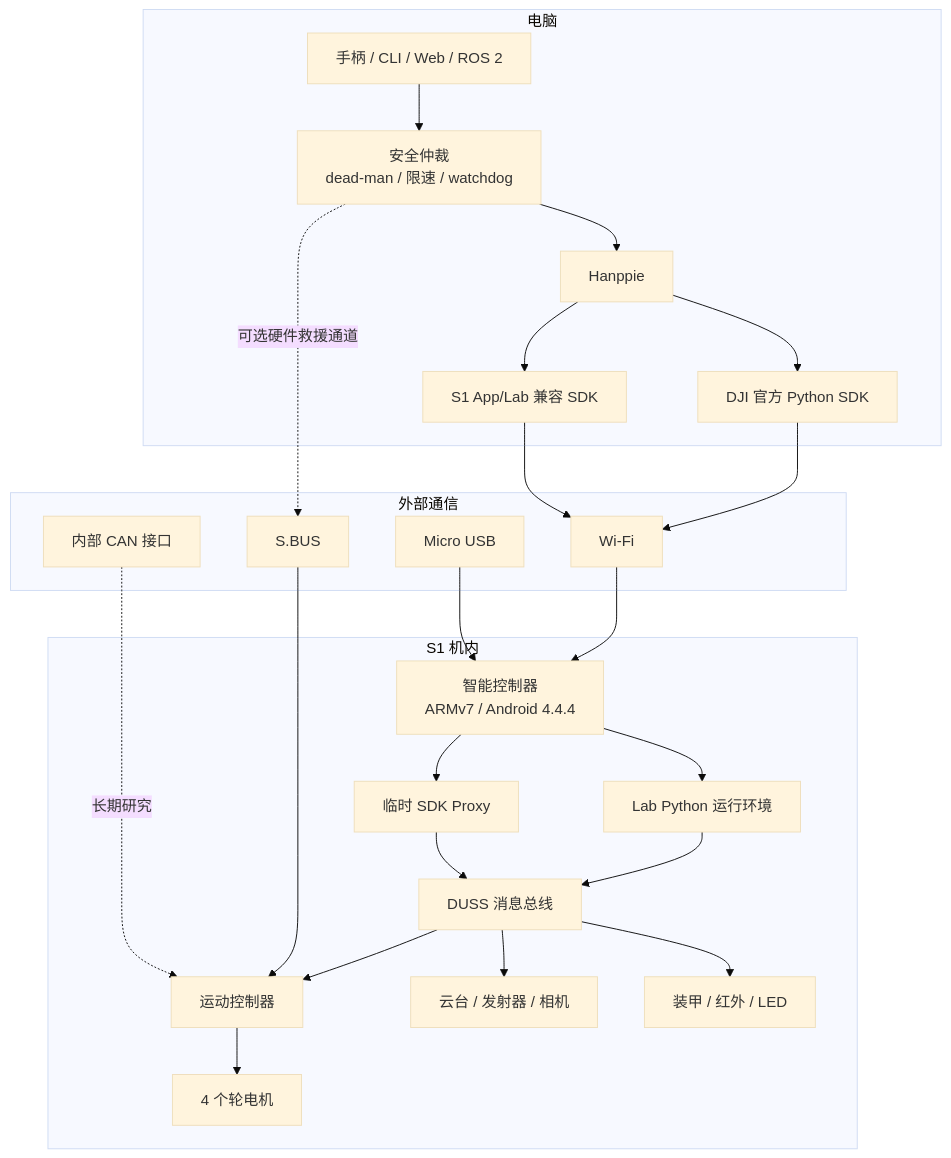
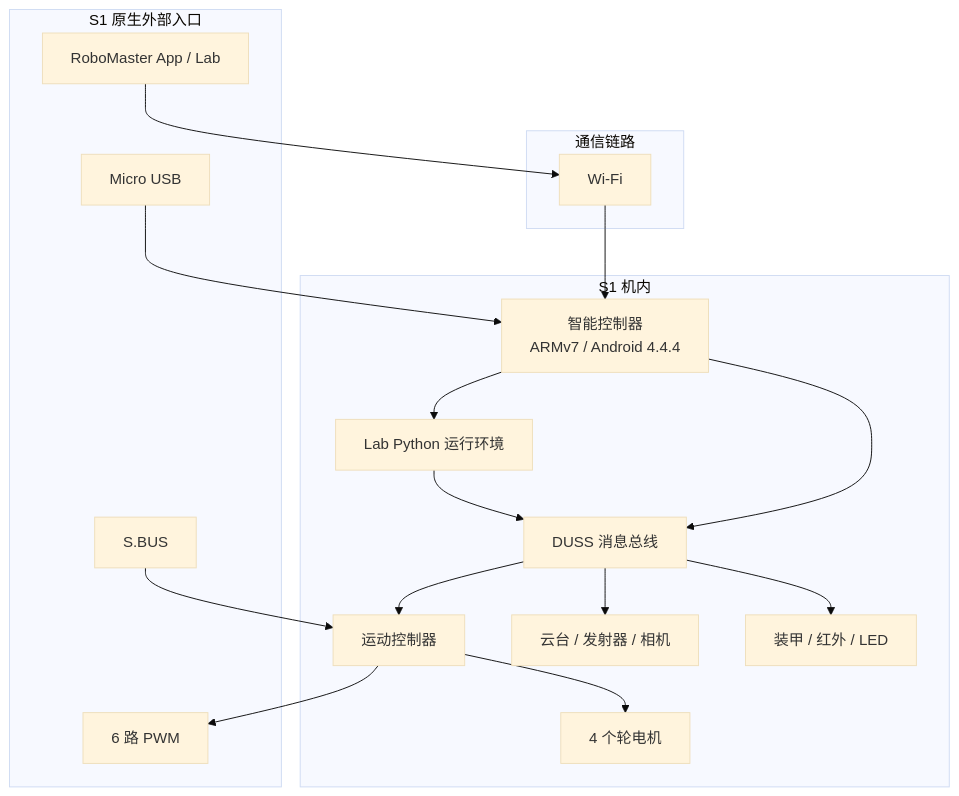
The first of 8 diagrams in docs/architecture.md (elonzh/hanppie), drawn with Mermaid (base theme) before and after one commit. The commit also changed other lines of this file, not shown here.

````diff
--- a/docs/architecture.md
+++ b/docs/architecture.md
@@ -41,44 +42,35 @@
 ```mermaid
 flowchart TB
-    subgraph HOST[电脑]
-        INPUT[手柄 / CLI / Web / ROS 2]
-        SAFETY[安全仲裁<br/>dead-man / 限速 / watchdog]
-        HANPPIE[Hanppie]
-        OFFICIAL[DJI 官方 Python SDK]
-        LABSDK[S1 App/Lab 兼容 SDK]
+    subgraph EXTERNAL["S1 原生外部入口"]
+        APP["RoboMaster App / Lab"]
+        USB["Micro USB"]
+        SBUS["S.BUS"]
+        PWM["6 路 PWM"]
     end
 
-    subgraph NETWORK[外部通信]
-        WIFI[Wi-Fi]
-        USB[Micro USB]
-        SBUS[S.BUS]
-        CAN[内部 CAN 接口]
+    subgraph LINK["通信链路"]
+        WIFI["Wi-Fi"]
     end
 
-    subgraph S1[S1 机内]
-        IC[智能控制器<br/>ARMv7 / Android 4.4.4]
-        LAB[Lab Python 运行环境]
-        SDKPROXY[临时 SDK Proxy]
-        DUSS[DUSS 消息总线]
-        MC[运动控制器]
-        GIMBAL[云台 / 发射器 / 相机]
-        ARMOR[装甲 / 红外 / LED]
-        MOTOR[4 个轮电机]
+    subgraph S1["S1 机内"]
+        IC["智能控制器<br/>ARMv7 / Android 4.4.4"]
+        LAB["Lab Python 运行环境"]
+        DUSS["DUSS 消息总线"]
+        MC["运动控制器"]
+        GIMBAL["云台 / 发射器 / 相机"]
+        ARMOR["装甲 / 红外 / LED"]
+        MOTOR["4 个轮电机"]
     end
 
-    INPUT --> SAFETY --> HANPPIE
-    HANPPIE --> OFFICIAL --> WIFI
-    HANPPIE --> LABSDK --> WIFI
-    WIFI --> IC
+    APP --> WIFI --> IC
     USB --> IC
     IC --> LAB
-    IC --> SDKPROXY
     LAB --> DUSS
-    SDKPROXY --> DUSS
+    IC --> DUSS
     DUSS --> MC
     DUSS --> GIMBAL
     DUSS --> ARMOR
     MC --> MOTOR
-    SAFETY -.可选硬件救援通道.-> SBUS --> MC
-    CAN -.长期研究.-> MC
+    SBUS --> MC
+    MC --> PWM
 ```
````
